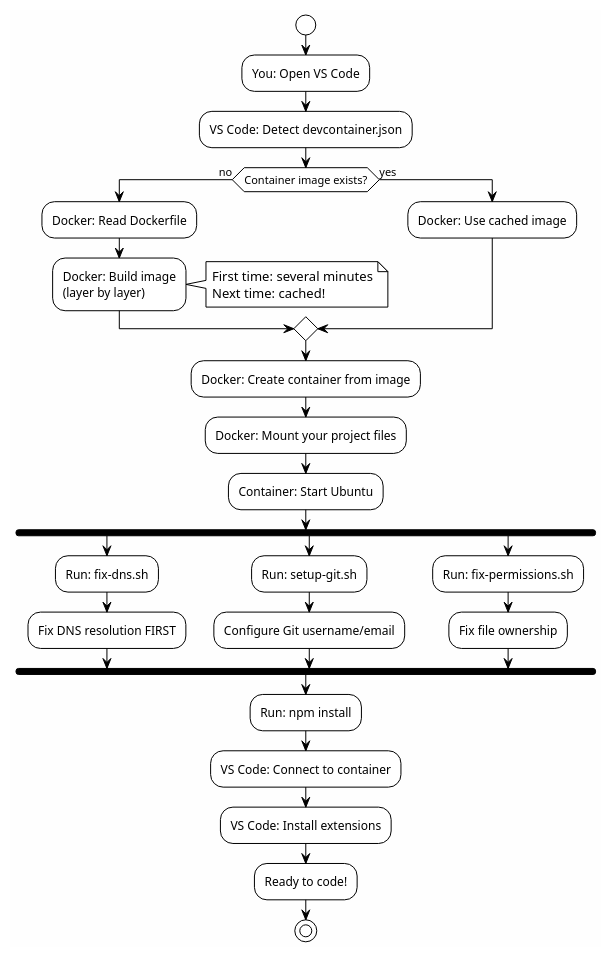
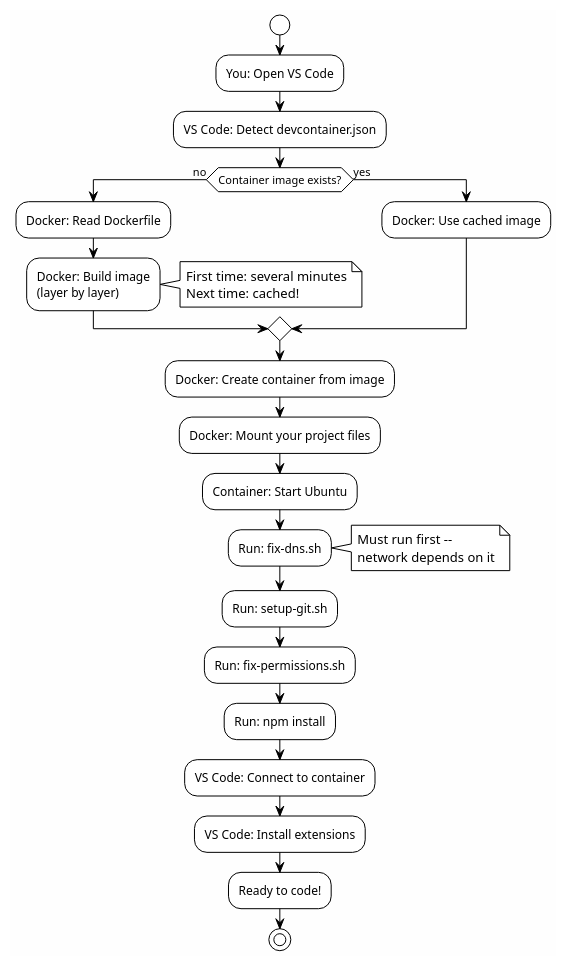
Before and after one commit to karthik-dev-82/system-notes: the tenth of 13 diagrams in docs/source/docker_dev_environment.rst, drawn with PlantUML. The commit also changed other lines of this file and 2 other files, not shown here.

```diff
--- a/docs/source/docker_dev_environment.rst
+++ b/docs/source/docker_dev_environment.rst
@@ -589,35 +571,29 @@
 .. uml::
 
    !theme plain
    skinparam backgroundColor #FEFEFE
    start
    :You: Open VS Code;
    :VS Code: Detect devcontainer.json;
    if (Container image exists?) then (no)
      :Docker: Read Dockerfile;
      :Docker: Build image\n(layer by layer);
      note right
        First time: several minutes
        Next time: cached!
      end note
    else (yes)
      :Docker: Use cached image;
    endif
    :Docker: Create container from image;
    :Docker: Mount your project files;
    :Container: Start Ubuntu;
-   fork
-     :Run: fix-dns.sh;
-     :Fix DNS resolution FIRST;
-   fork again
-     :Run: setup-git.sh;
-     :Configure Git username/email;
-   fork again
-     :Run: fix-permissions.sh;
-     :Fix file ownership;
-   end fork
+   :Run: fix-dns.sh;
+   note right: Must run first --\nnetwork depends on it
+   :Run: setup-git.sh;
+   :Run: fix-permissions.sh;
    :Run: npm install;
    :VS Code: Connect to container;
    :VS Code: Install extensions;
    :Ready to code!;
    stop
```
